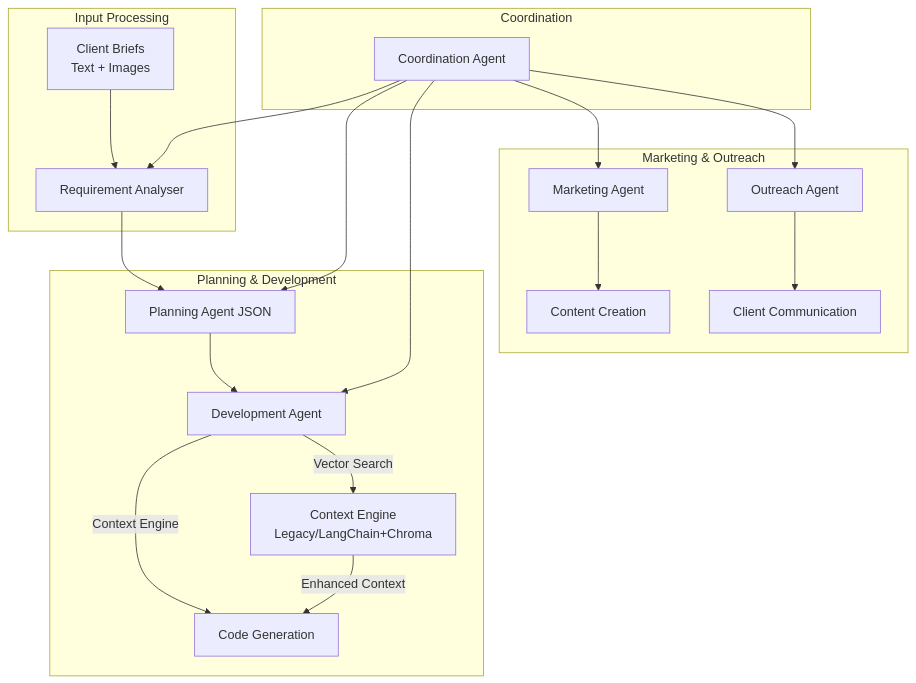
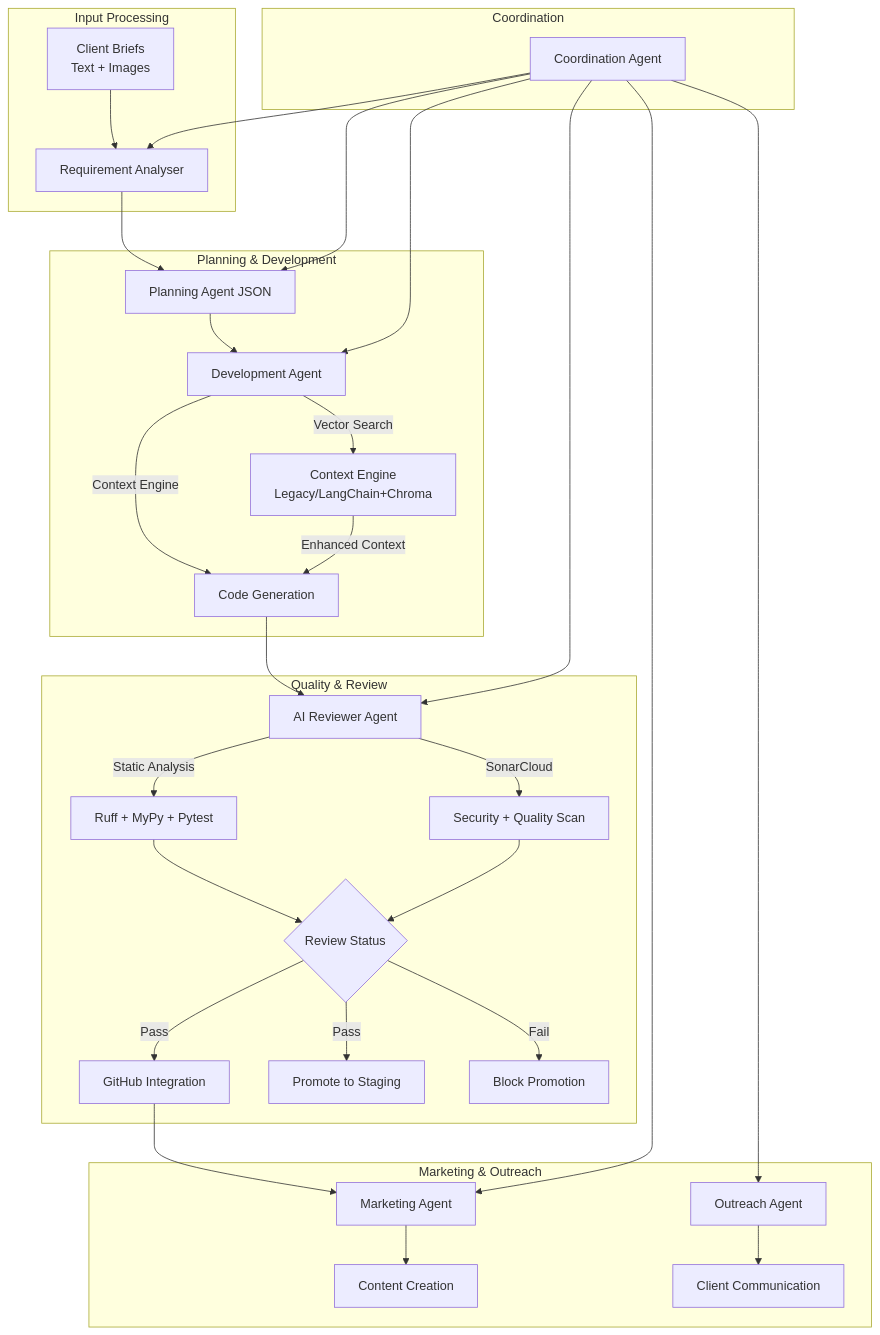
One commit to arkb75/SoloPilot changed the diagram in README.md. Above: the diagram before and after it, drawn with Mermaid. The commit also changed other lines of this file and 15 other files, not shown here.

First line of the commit message:
feat(makefile, ci, marketing, review): introduce AI code review and marketing announcement features

````diff
--- a/README.md
+++ b/README.md
@@ -42,27 +42,40 @@
 ```mermaid
 flowchart TD
     subgraph "Input Processing"
         A[Client Briefs<br/>Text + Images] --> B[Requirement Analyser]
     end
     
     subgraph "Planning & Development"
         B --> C[Planning Agent JSON]
         C --> D[Development Agent]
         D --> |Context Engine| E[Code Generation]
         D --> |Vector Search| F[Context Engine<br/>Legacy/LangChain+Chroma]
         F --> |Enhanced Context| E
     end
     
+    subgraph "Quality & Review"
+        E --> L[AI Reviewer Agent]
+        L --> |Static Analysis| M[Ruff + MyPy + Pytest]
+        L --> |SonarCloud| N[Security + Quality Scan]
+        M --> O{Review Status}
+        N --> O
+        O --> |Pass| P[GitHub Integration]
+        O --> |Pass| Q[Promote to Staging]
+        O --> |Fail| R[Block Promotion]
+    end
+    
     subgraph "Marketing & Outreach"
-        G[Marketing Agent] --> H[Content Creation]
+        P --> G[Marketing Agent]
+        G --> H[Content Creation]
         I[Outreach Agent] --> J[Client Communication]
     end
     
     subgraph "Coordination"
         K[Coordination Agent] --> B
         K --> C
         K --> D
+        K --> L
         K --> G
         K --> I
     end
 ```
````
